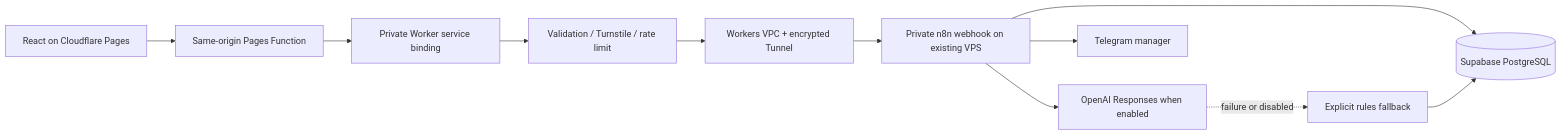
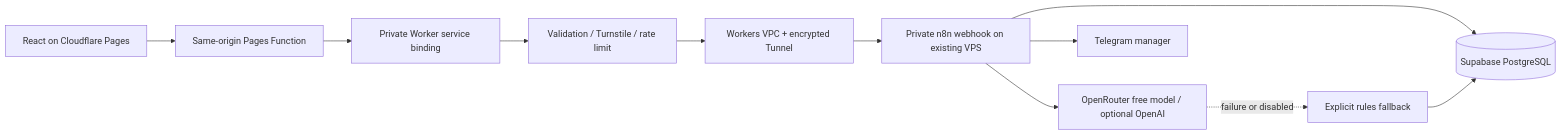
Before and after one commit to ScorpionD/ai-lead-automation-demo: the diagram in README.md, drawn with Mermaid. The commit also changed other lines of this file and 12 other files, not shown here.

Commit message:
Enable free OpenRouter qualification with validated output and rules fallback

````diff
--- a/README.md
+++ b/README.md
@@ -23,13 +23,13 @@
 ```mermaid
 flowchart LR
   Browser[React on Cloudflare Pages] --> Pages[Same-origin Pages Function]
   Pages --> Worker[Private Worker service binding]
   Worker --> Guard[Validation / Turnstile / rate limit]
   Guard --> VPC[Workers VPC + encrypted Tunnel]
   VPC --> n8n[Private n8n webhook on existing VPS]
   n8n --> DB[(Supabase PostgreSQL)]
-  n8n --> AI[OpenAI Responses when enabled]
+  n8n --> AI[OpenRouter free model / optional OpenAI]
   n8n --> TG[Telegram manager]
   AI -. failure or disabled .-> Rules[Explicit rules fallback]
   Rules --> DB
 ```
````
